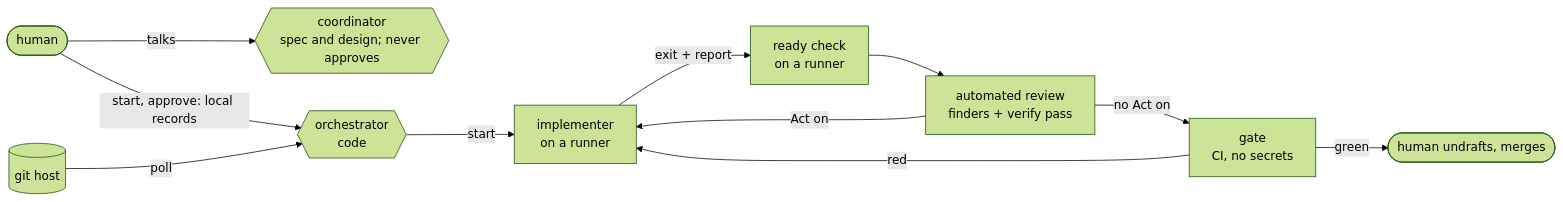
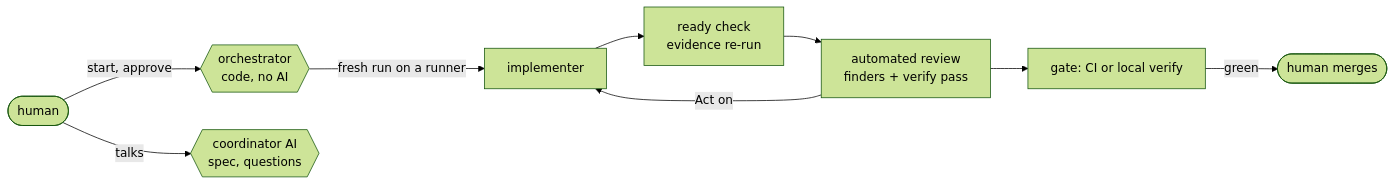
One commit to chiyanram/agent-factory changed the diagram in README.md. Above: the diagram before and after it, drawn with Mermaid (forest theme). The commit also changed other lines of this file, not shown here.

````diff
--- a/README.md
+++ b/README.md
@@ -61,13 +9,11 @@
 ```mermaid
 flowchart LR
-    H([human]) -- talks --> C{{coordinator<br/>spec and design; never approves}}
-    H -- "start, approve: local records" --> D{{orchestrator<br/>code}}
-    F[(git host)] -- poll --> D
-    D -- start --> W[implementer<br/>on a runner]
-    W -- "exit + report" --> RC[ready check<br/>on a runner]
+    H([human]) -- "start, approve" --> O{{orchestrator<br/>code, no AI}}
+    H -- talks --> C{{coordinator AI<br/>spec, questions}}
+    O -- "fresh run on a runner" --> I[implementer]
+    I --> RC[ready check<br/>evidence re-run]
     RC --> R[automated review<br/>finders + verify pass]
-    R -- "Act on" --> W
-    R -- "no Act on" --> G[gate<br/>CI, no secrets]
-    G -- red --> W
-    G -- green --> H2([human undrafts, merges])
+    R -- "Act on" --> I
+    R --> G[gate: CI or local verify]
+    G -- green --> M([human merges])
 ```
````
